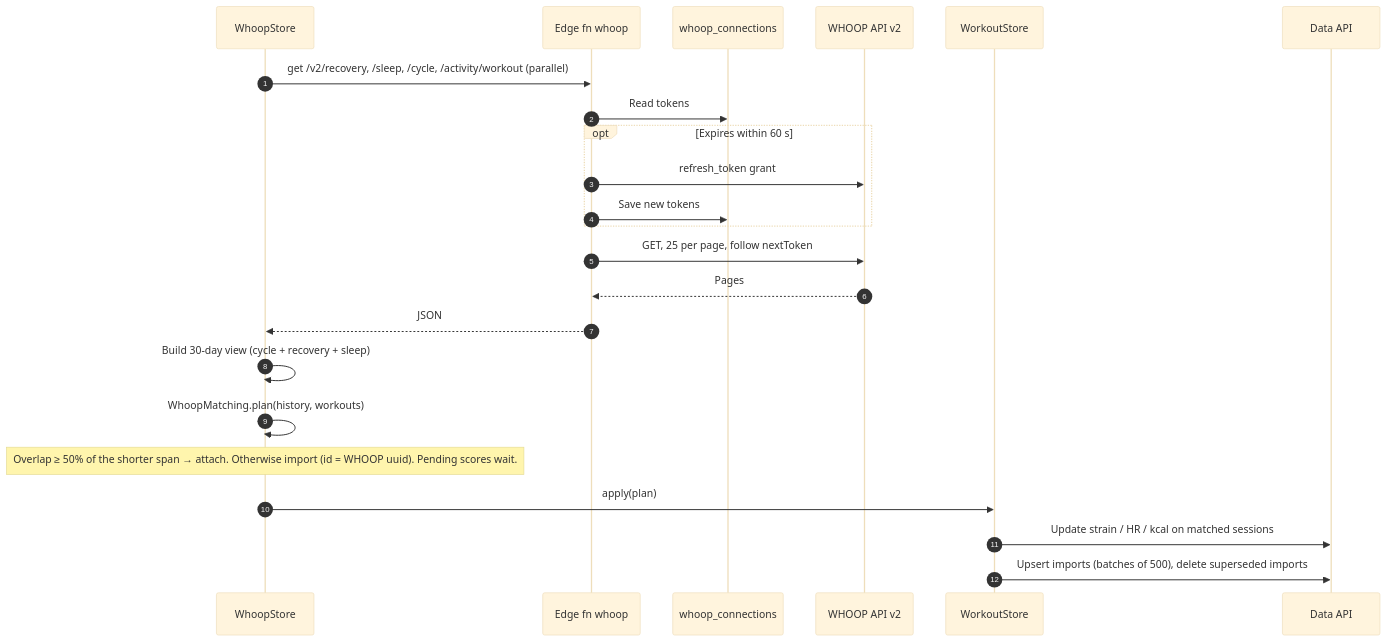
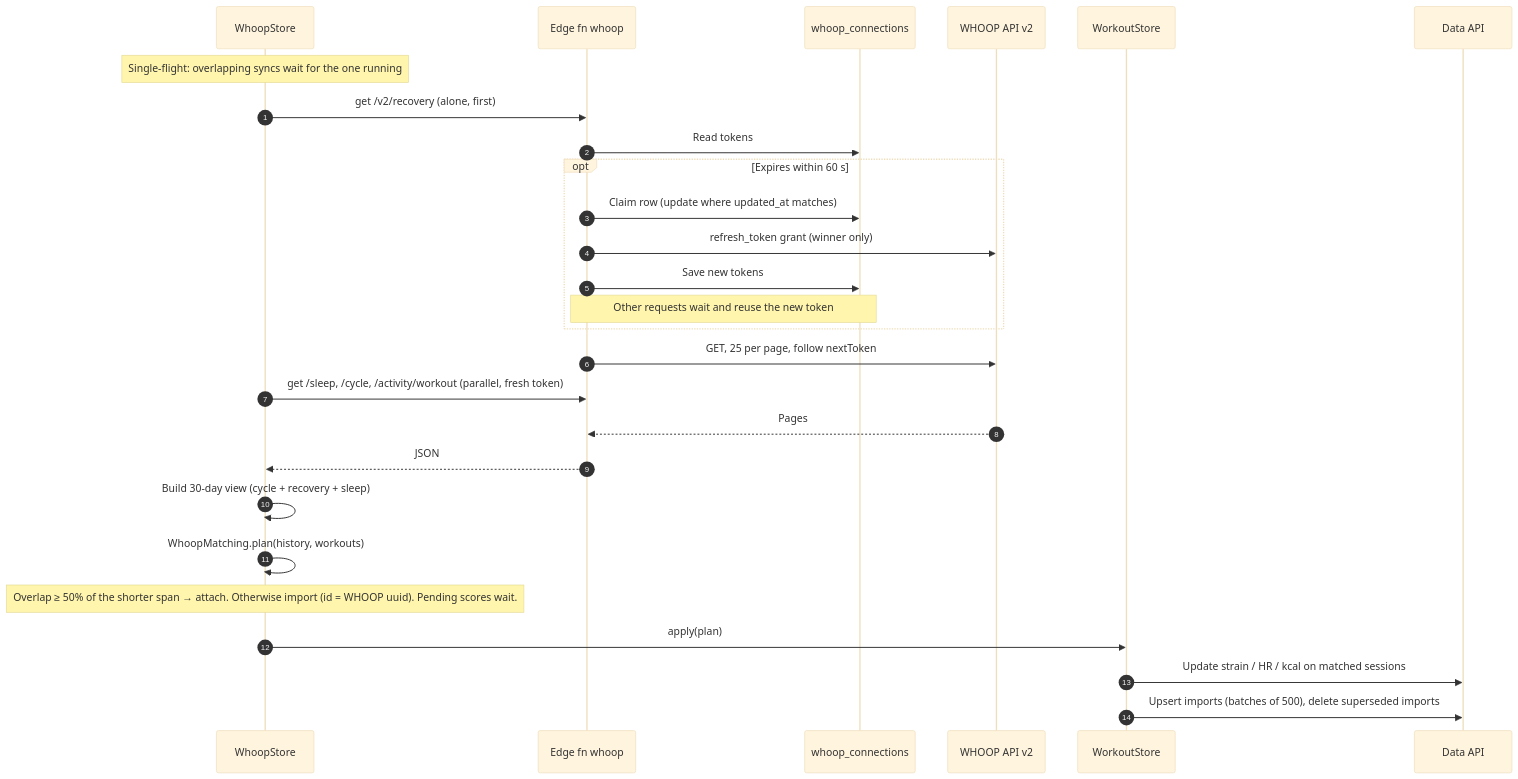
One commit to divyanshugit/form changed the fifth of 6 diagrams in docs/ARCHITECTURE.md. Above: the diagram before and after it, drawn with Mermaid (base theme). The commit also changed other lines of this file and 5 other files, not shown here.

````diff
--- a/docs/ARCHITECTURE.md
+++ b/docs/ARCHITECTURE.md
@@ -232,25 +243,29 @@
 ```mermaid
 sequenceDiagram
   autonumber
   participant App as WhoopStore
   participant F as Edge fn whoop
   participant T as whoop_connections
   participant API as WHOOP API v2
   participant S as WorkoutStore
   participant DB as Data API
-  App->>F: get /v2/recovery, /sleep, /cycle, /activity/workout (parallel)
+  Note over App: Single-flight: overlapping syncs wait for the one running
+  App->>F: get /v2/recovery (alone, first)
   F->>T: Read tokens
   opt Expires within 60 s
-    F->>API: refresh_token grant
+    F->>T: Claim row (update where updated_at matches)
+    F->>API: refresh_token grant (winner only)
     F->>T: Save new tokens
+    Note over F,T: Other requests wait and reuse the new token
   end
   F->>API: GET, 25 per page, follow nextToken
+  App->>F: get /sleep, /cycle, /activity/workout (parallel, fresh token)
   API-->>F: Pages
   F-->>App: JSON
   App->>App: Build 30-day view (cycle + recovery + sleep)
   App->>App: WhoopMatching.plan(history, workouts)
   Note over App: Overlap ≥ 50% of the shorter span → attach. Otherwise import (id = WHOOP uuid). Pending scores wait.
   App->>S: apply(plan)
   S->>DB: Update strain / HR / kcal on matched sessions
   S->>DB: Upsert imports (batches of 500), delete superseded imports
 ```
````
